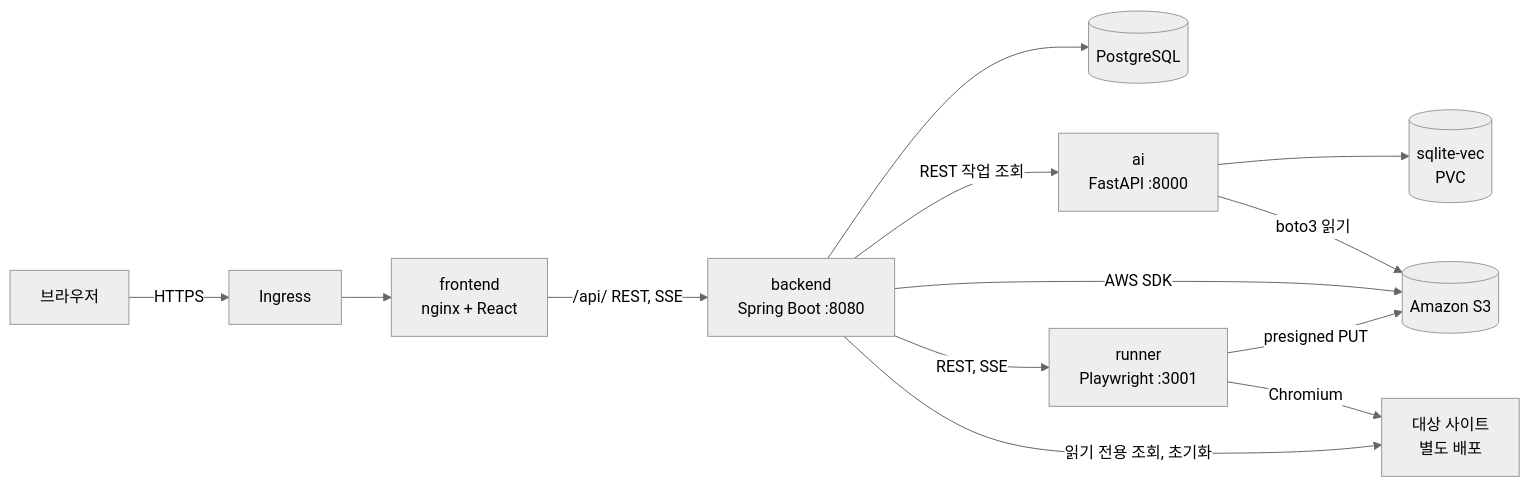
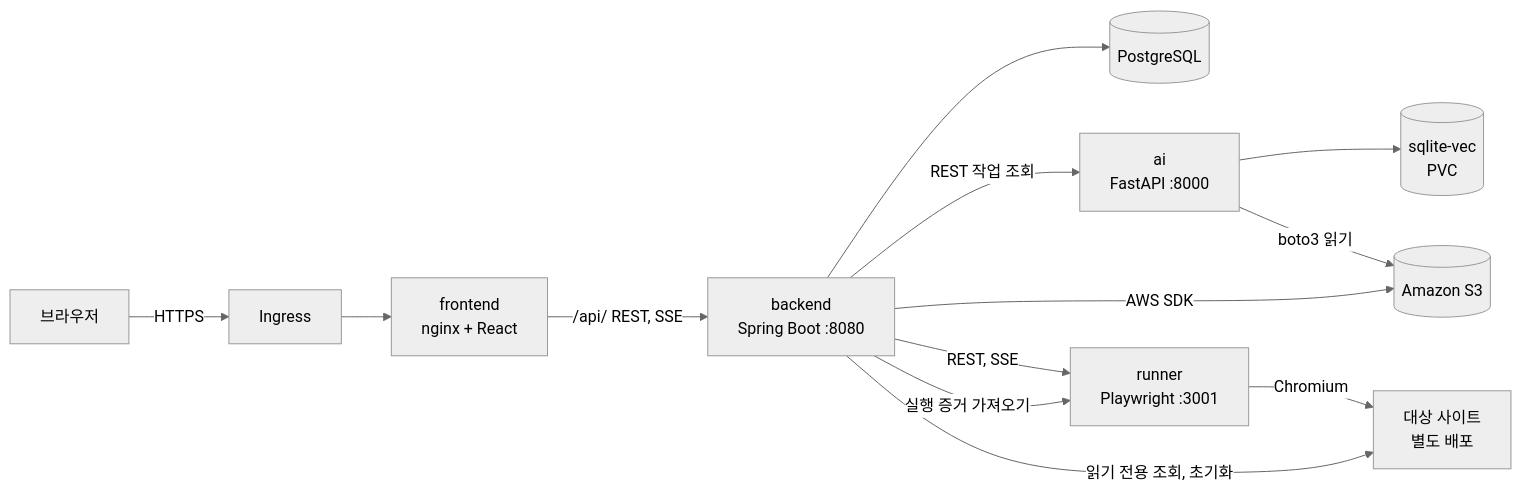
One commit to givpro22/SKRR-Final-Project changed the diagram in docs/architecture.md. Above: the diagram before and after it, drawn with Mermaid (neutral theme). The commit also changed other lines of this file and 15 other files, not shown here.

````diff
--- a/docs/architecture.md
+++ b/docs/architecture.md
@@ -5,15 +5,15 @@
 ```mermaid
 flowchart LR
     B[브라우저] -->|HTTPS| I[Ingress]
     I --> F[frontend<br/>nginx + React]
     F -->|/api/ REST, SSE| BE[backend<br/>Spring Boot :8080]
     BE --> DB[(PostgreSQL)]
     BE -->|REST 작업 조회| AI[ai<br/>FastAPI :8000]
     BE -->|REST, SSE| R[runner<br/>Playwright :3001]
     AI --> V[(sqlite-vec<br/>PVC)]
     AI -->|boto3 읽기| S3[(Amazon S3)]
     BE -->|AWS SDK| S3
-    R -->|presigned PUT| S3
+    BE -->|실행 증거 가져오기| R
     R -->|Chromium| T[대상 사이트<br/>별도 배포]
     BE -->|읽기 전용 조회, 초기화| T
 ```
````
